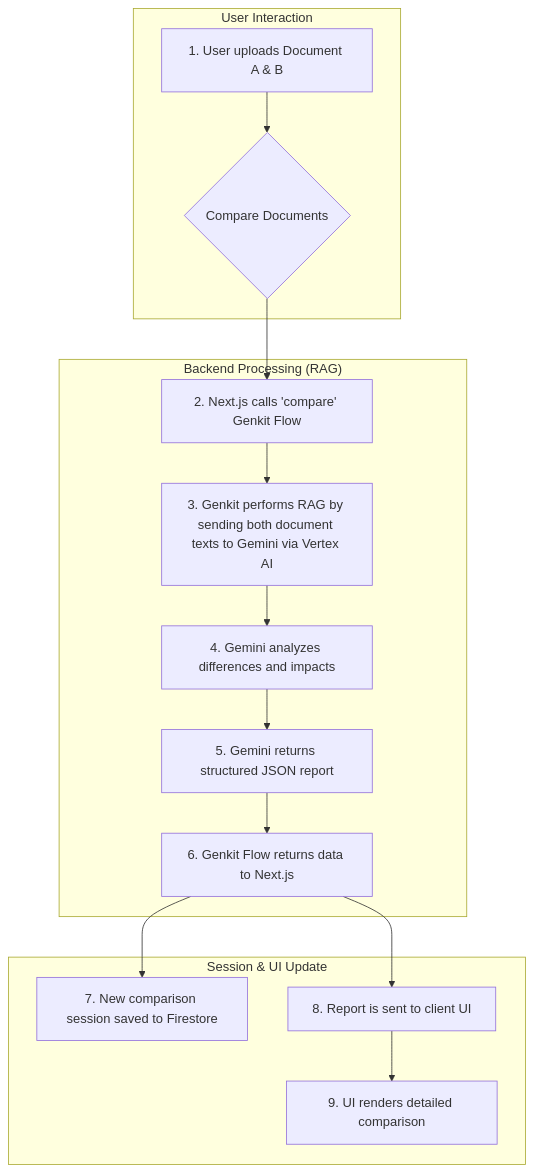
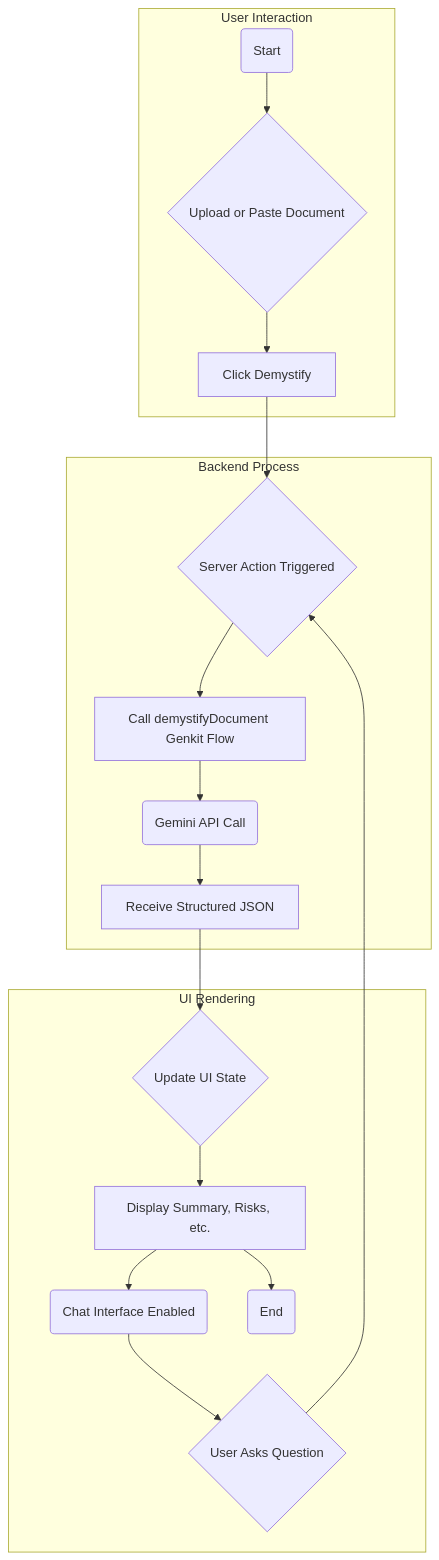
The second of 2 diagrams in README.md (RD500/Vidhik), drawn with Mermaid before and after one commit. The commit also changed other lines of this file, not shown here.

````diff
--- a/README.md
+++ b/README.md
@@ -153,18 +102,23 @@
 ```mermaid
 graph TD
     subgraph User Interaction
-        A["1. User uploads Document A & B"] --> B{"Compare Documents"};
+        A(Start) --> B{Upload or Paste Document};
+        B --> C[Click Demystify];
     end
-    subgraph "Backend Processing (RAG)"
-        B --> C["2. Next.js calls 'compare' Genkit Flow"];
-        C --> D["3. Genkit performs RAG by sending both document texts to Gemini via Vertex AI"];
-        D --> E["4. Gemini analyzes differences and impacts"];
-        E --> F["5. Gemini returns structured JSON report"];
-        F --> G["6. Genkit Flow returns data to Next.js"];
+
+    subgraph Backend Process
+        C --> D{Server Action Triggered};
+        D --> E[Call demystifyDocument Genkit Flow];
+        E --> F(Gemini API Call);
+        F --> G[Receive Structured JSON];
     end
-    subgraph Session & UI Update
-        G --> H["7. New comparison session saved to Firestore"];
-        G --> I["8. Report is sent to client UI"];
-        I --> J["9. UI renders detailed comparison"];
+
+    subgraph UI Rendering
+        G --> H{Update UI State};
+        H --> I[Display Summary, Risks, etc.];
+        I --> J(Chat Interface Enabled);
+        J --> K{User Asks Question};
+        K --> D;
+        I --> L(End);
     end
 ```
````
